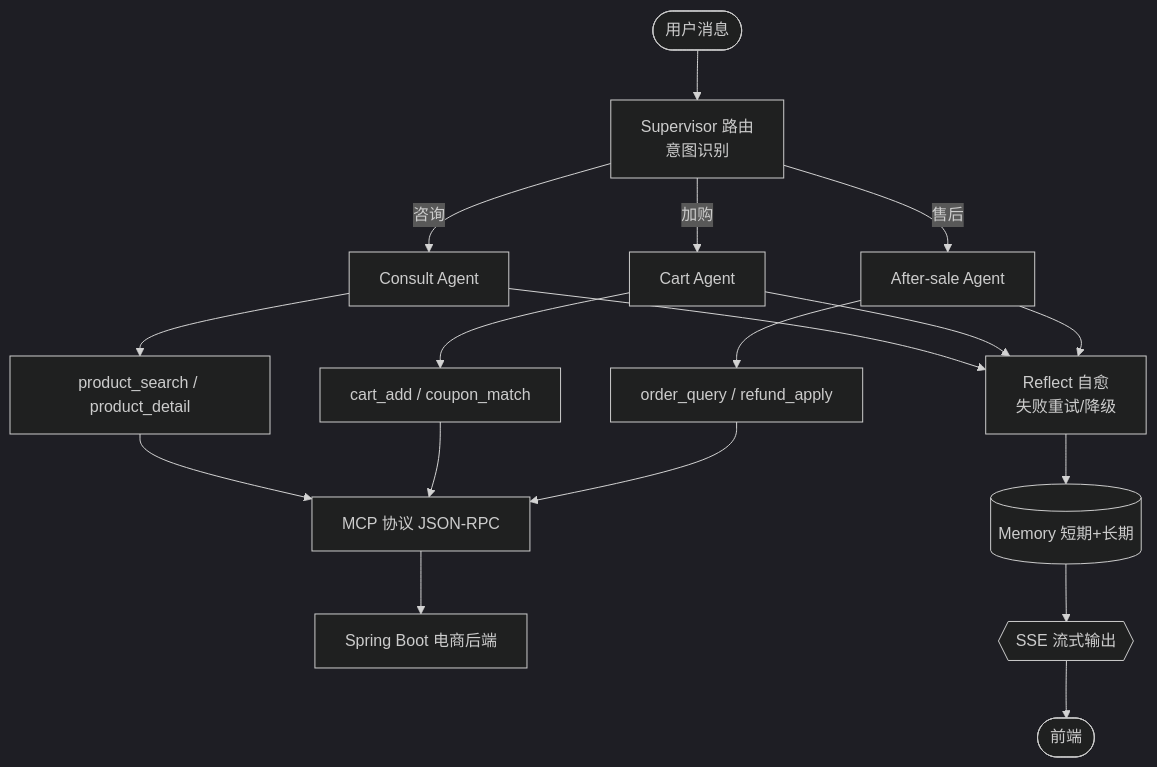
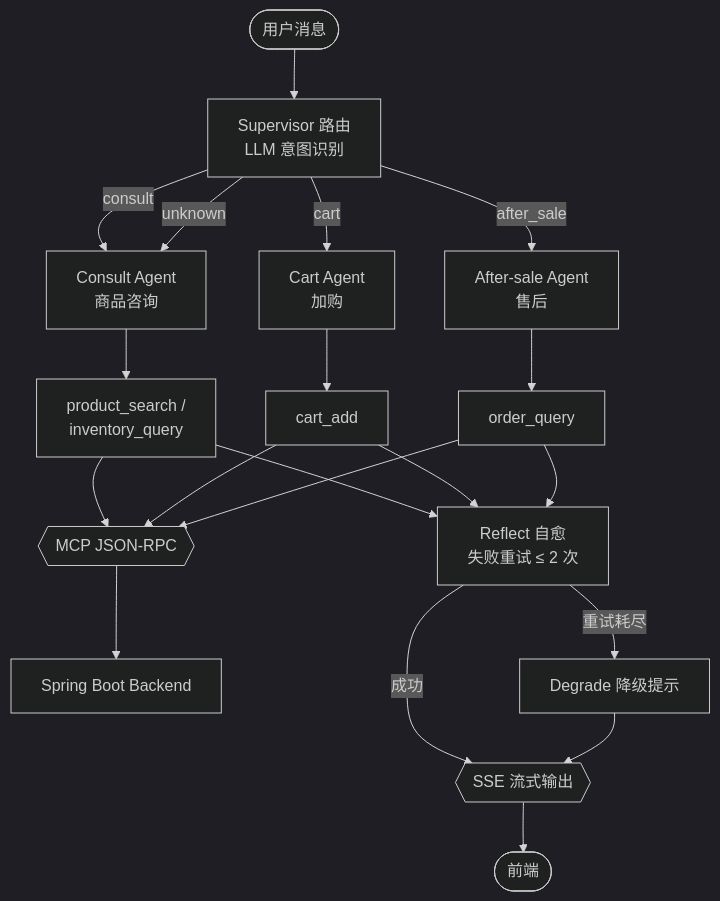
Before and after one commit to FranXx827/personal: the fourth of 6 diagrams in README.md, drawn with Mermaid (dark theme). The commit also changed other lines of this file and 1 other file, not shown here.

Commit message:
全面优化 README 文档架构图和内容说明

````diff
--- a/README.md
+++ b/README.md
@@ -136,23 +127,25 @@
 ```mermaid
 flowchart TB
-    START([用户消息]) --> SUP[Supervisor 路由<br/>意图识别]
-    SUP -->|咨询| CONS[Consult Agent]
-    SUP -->|加购| CART[Cart Agent]
-    SUP -->|售后| AFTER[After-sale Agent]
+    START([用户消息]) --> SUP[Supervisor 路由<br/>LLM 意图识别]
+    SUP -->|consult| CONS[Consult Agent<br/>商品咨询]
+    SUP -->|cart| CART[Cart Agent<br/>加购]
+    SUP -->|after_sale| AFTER[After-sale Agent<br/>售后]
+    SUP -->|unknown| CONS
 
-    CONS --> TOOL1[product_search / product_detail]
-    CART --> TOOL2[cart_add / coupon_match]
-    AFTER --> TOOL3[order_query / refund_apply]
+    CONS --> R1[product_search /<br/>inventory_query]
+    CART --> R2[cart_add]
+    AFTER --> R3[order_query]
 
-    TOOL1 --> MCP[MCP 协议 JSON-RPC]
-    TOOL2 --> MCP
-    TOOL3 --> MCP
-    MCP --> SB[Spring Boot 电商后端]
+    R1 --> MCP{{MCP JSON-RPC}}
+    R2 --> MCP
+    R3 --> MCP
+    MCP --> SB[Spring Boot Backend]
 
-    CONS --> REF[Reflect 自愈<br/>失败重试/降级]
-    CART --> REF
-    AFTER --> REF
-    REF --> MEM[(Memory 短期+长期)]
-    MEM --> SSE{{SSE 流式输出}}
+    R1 --> REF[Reflect 自愈<br/>失败重试 ≤ 2 次]
+    R2 --> REF
+    R3 --> REF
+    REF -->|成功| SSE{{SSE 流式输出}}
+    REF -->|重试耗尽| DEGRADE[Degrade 降级提示]
+    DEGRADE --> SSE
     SSE --> FE([前端])
 ```
````
